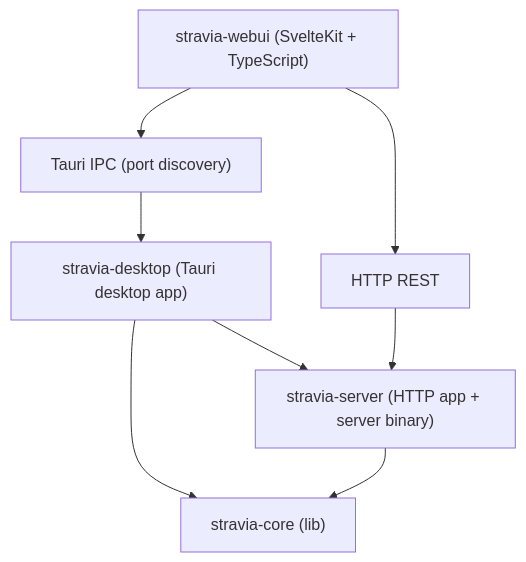
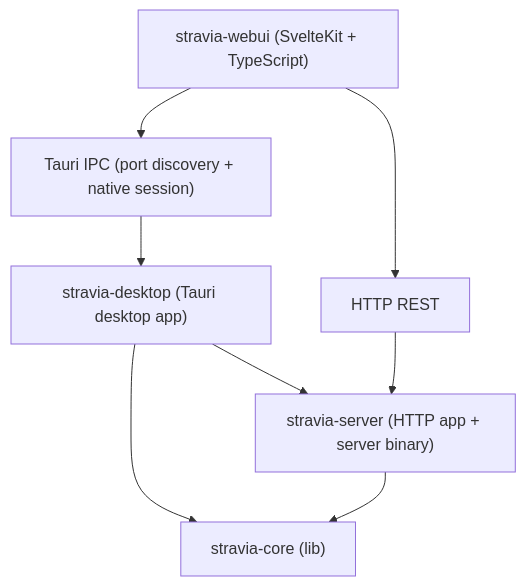
One commit to Stravia-AI/StraviaPlatform changed the diagram in docs/design/architecture.md. Above: the diagram before and after it, drawn with Mermaid. The commit also changed other lines of this file and 60 other files, not shown here.

````diff
--- a/docs/design/architecture.md
+++ b/docs/design/architecture.md
@@ -213,17 +213,17 @@
 ```mermaid
 graph TD
     straviaCoreLib["stravia-core (lib)"]
     desktopApp["stravia-desktop (Tauri desktop app)"]
     serverApp["stravia-server (HTTP app + server binary)"]
     webui["stravia-webui (SvelteKit + TypeScript)"]
-    tauriIPC["Tauri IPC (port discovery)"]
+    tauriIPC["Tauri IPC (port discovery + native session)"]
     httpREST["HTTP REST"]
 
     desktopApp --> straviaCoreLib
     desktopApp --> serverApp
     serverApp --> straviaCoreLib
     webui --> tauriIPC
     webui --> httpREST
     tauriIPC --> desktopApp
     httpREST --> serverApp
 ```
````
